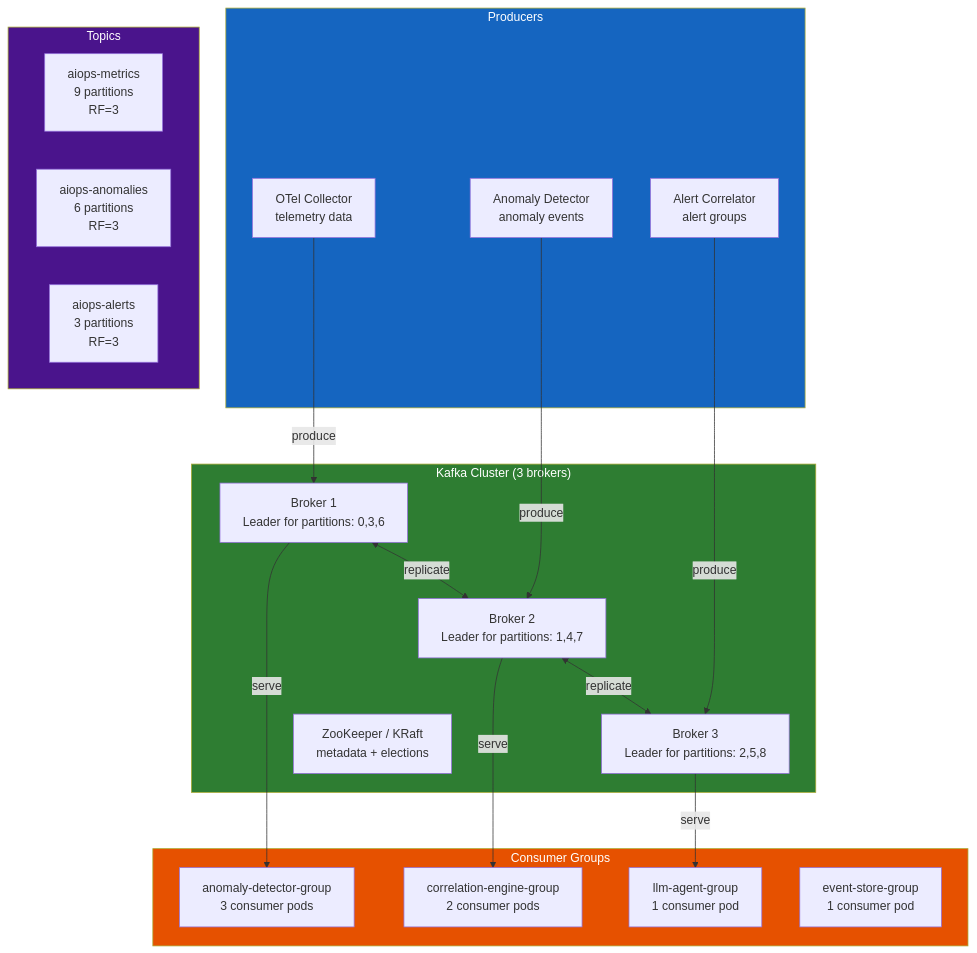
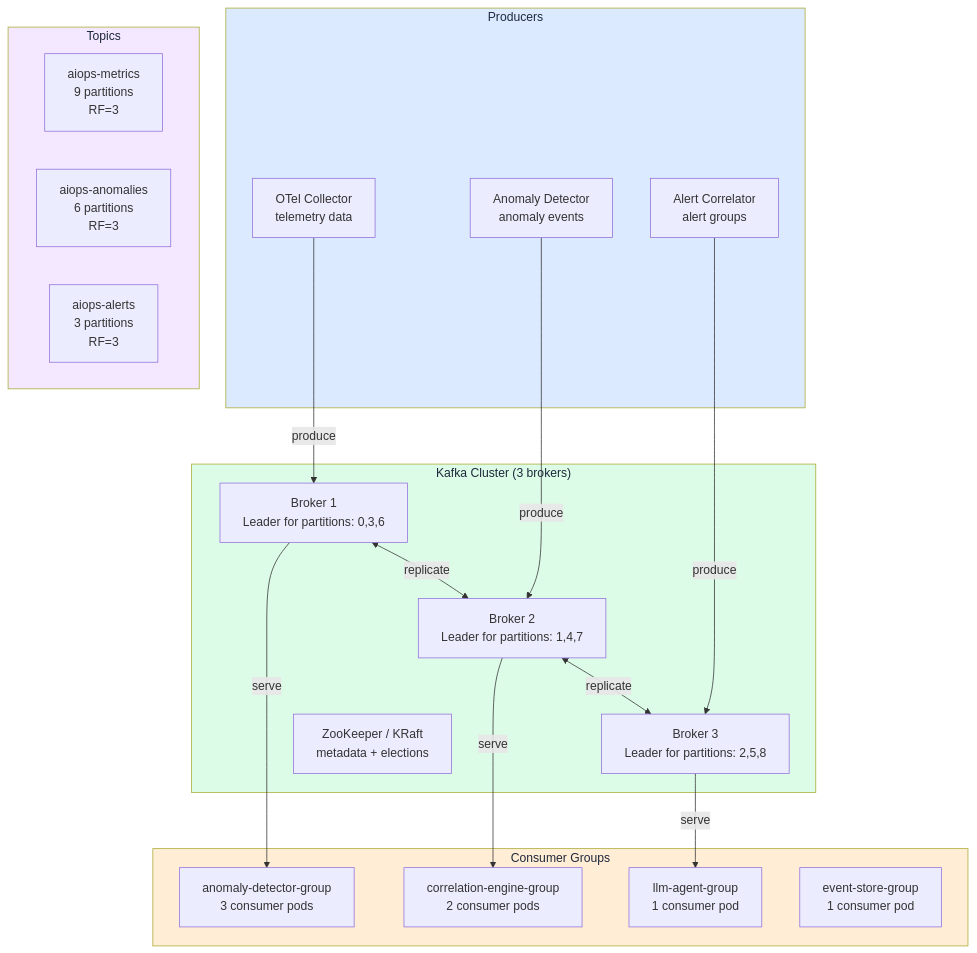
The third of 10 diagrams in docs/vi/07-kafka/README.vi.md (XUanhoa04/aiops-engineering-handbook), drawn with Mermaid before and after one commit. The commit also changed other lines of this file and 39 other files, not shown here.

First line of the commit message:
docs: concept-first Ch.08-12, collapse code, soft Mermaid colors

````diff
--- a/docs/vi/07-kafka/README.vi.md
+++ b/docs/vi/07-kafka/README.vi.md
@@ -136,44 +136,44 @@
 ```mermaid
 graph TD
     subgraph Producers["Producers"]
         P1[OTel Collector\ntelemetry data]
         P2[Anomaly Detector\nanomaly events]
         P3[Alert Correlator\nalert groups]
     end
 
     subgraph Kafka["Kafka Cluster (3 brokers)"]
         B1[Broker 1\nLeader for partitions: 0,3,6]
         B2[Broker 2\nLeader for partitions: 1,4,7]
         B3[Broker 3\nLeader for partitions: 2,5,8]
         ZK[ZooKeeper / KRaft\nmetadata + elections]
     end
 
     subgraph Topics["Topics"]
         T1[aiops-metrics\n9 partitions\nRF=3]
         T2[aiops-anomalies\n6 partitions\nRF=3]
         T3[aiops-alerts\n3 partitions\nRF=3]
     end
 
     subgraph Consumers["Consumer Groups"]
         CG1[anomaly-detector-group\n3 consumer pods]
         CG2[correlation-engine-group\n2 consumer pods]
         CG3[llm-agent-group\n1 consumer pod]
         CG4[event-store-group\n1 consumer pod]
     end
 
     P1 -->|produce| B1
     P2 -->|produce| B2
     P3 -->|produce| B3
 
     B1 <-->|replicate| B2
     B2 <-->|replicate| B3
 
     B1 -->|serve| CG1
     B2 -->|serve| CG2
     B3 -->|serve| CG3
 
-    style Producers fill:#1565c0,color:#fff
-    style Kafka fill:#2e7d32,color:#fff
-    style Topics fill:#4a148c,color:#fff
-    style Consumers fill:#e65100,color:#fff
+    style Producers fill:#dbeafe,color:#1e293b
+    style Kafka fill:#dcfce7,color:#1e293b
+    style Topics fill:#f3e8ff,color:#1e293b
+    style Consumers fill:#ffedd5,color:#1e293b
 ```
````
